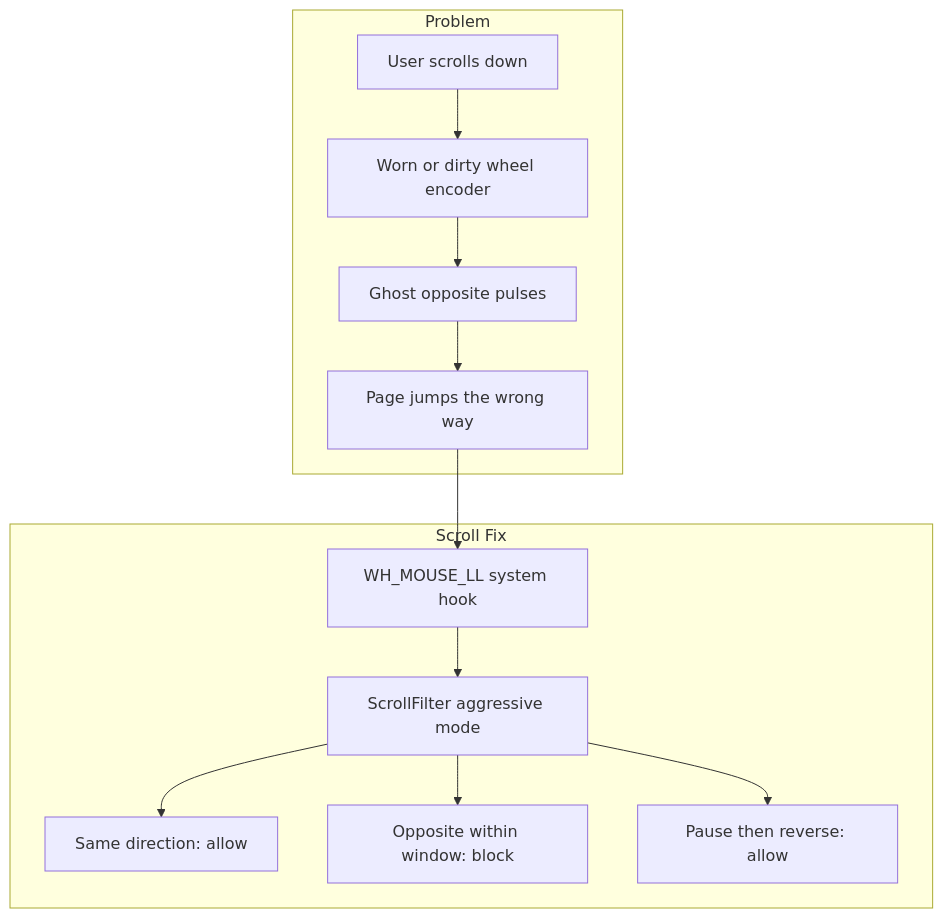
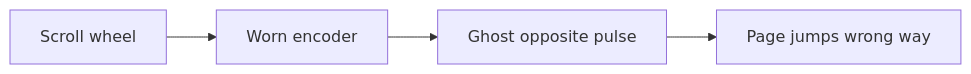
Before and after one commit to Leozz18/scroll-fix: the first of 2 diagrams in README.md, drawn with Mermaid. The commit also changed other lines of this file and 3 other files, not shown here.

````diff
--- a/README.md
+++ b/README.md
@@ -9,26 +25,6 @@
 ```mermaid
-flowchart TB
-  subgraph problem [Problem]
-    userScroll[User scrolls down]
-    encoder[Worn or dirty wheel encoder]
-    ghost[Ghost opposite pulses]
-    jump[Page jumps the wrong way]
-    userScroll --> encoder
-    encoder --> ghost
-    ghost --> jump
-  end
-
-  subgraph solution [Scroll Fix]
-    hook[WH_MOUSE_LL system hook]
-    filter[ScrollFilter aggressive mode]
-    allow[Same direction: allow]
-    block[Opposite within window: block]
-    pause[Pause then reverse: allow]
-    hook --> filter
-    filter --> allow
-    filter --> block
-    filter --> pause
-  end
-
-  jump --> hook
+flowchart LR
+  wheel[Scroll wheel] --> encoder[Worn encoder]
+  encoder --> ghost[Ghost opposite pulse]
+  ghost --> jump[Page jumps wrong way]
 ```
````
